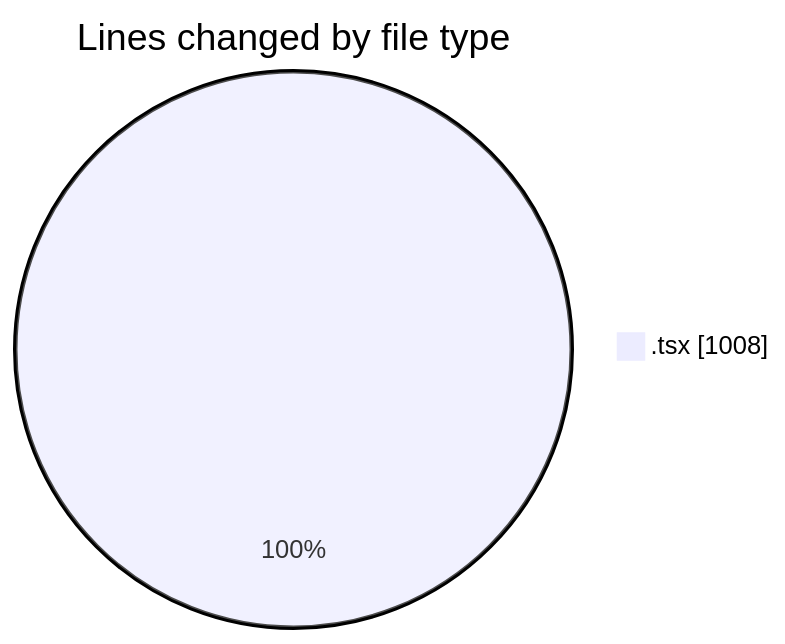
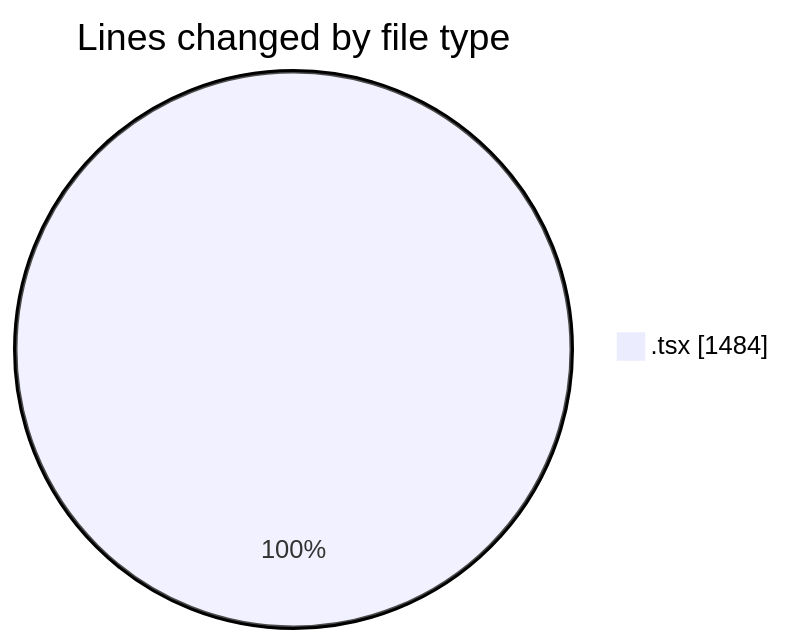
The first of 2 diagrams in 2026-06-16/nxtqube_webapp/README.md (nxtqubesakshisongat/code-tracking), drawn with Mermaid before and after one commit. The commit also changed other lines of this file and 1 other file, not shown here.

````diff
--- a/2026-06-16/nxtqube_webapp/README.md
+++ b/2026-06-16/nxtqube_webapp/README.md
@@ -21,5 +22,5 @@
 ```mermaid
 pie showData
 title Lines changed by file type
-".tsx" : 1008
+".tsx" : 1484
 ```
````
